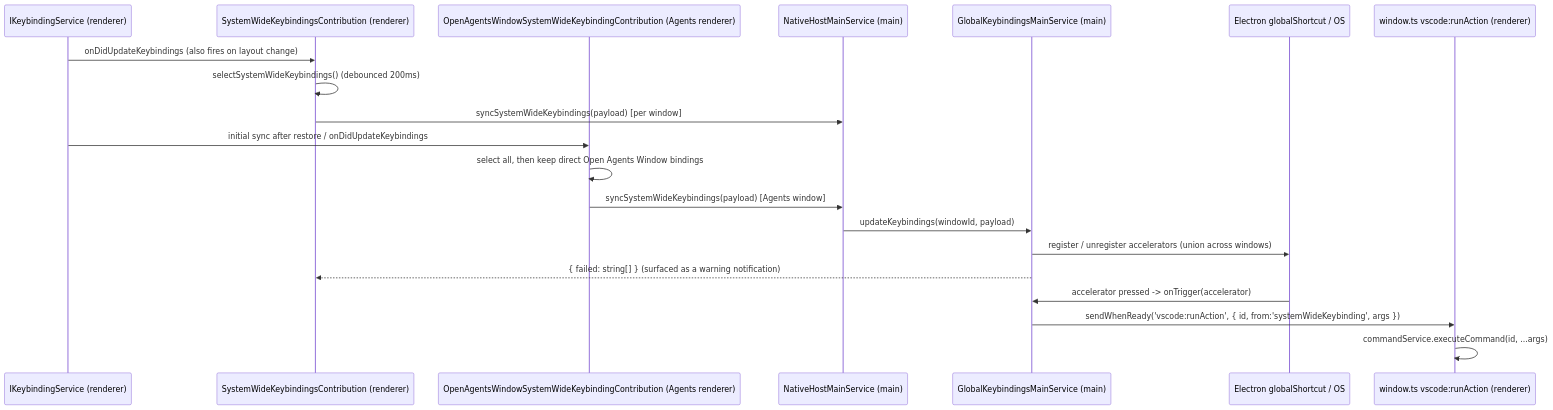
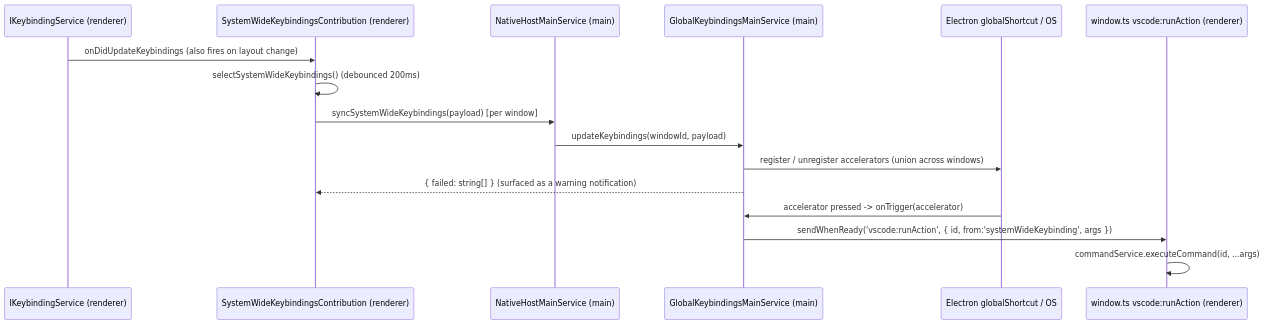
One commit to brettconnor/ovscode-dev changed the diagram in src/vs/workbench/contrib/keybindings/electron-browser/systemWideKeybindings.specification.md. Above: the diagram before and after it, drawn with Mermaid. The commit also changed other lines of this file and 45 other files, not shown here.

Commit message:
Remove Agents Window launch route

````diff
--- a/src/vs/workbench/contrib/keybindings/electron-browser/systemWideKeybindings.specification.md
+++ b/src/vs/workbench/contrib/keybindings/electron-browser/systemWideKeybindings.specification.md
@@ -45,23 +45,19 @@
 ```mermaid
 sequenceDiagram
     participant KB as IKeybindingService (renderer)
     participant C as SystemWideKeybindingsContribution (renderer)
-    participant A as OpenAgentsWindowSystemWideKeybindingContribution (Agents renderer)
     participant NH as NativeHostMainService (main)
     participant G as GlobalKeybindingsMainService (main)
     participant OS as Electron globalShortcut / OS
     participant W as window.ts vscode:runAction (renderer)
 
     KB->>C: onDidUpdateKeybindings (also fires on layout change)
     C->>C: selectSystemWideKeybindings() (debounced 200ms)
     C->>NH: syncSystemWideKeybindings(payload)  [per window]
-    KB->>A: initial sync after restore / onDidUpdateKeybindings
-    A->>A: select all, then keep direct Open Agents Window bindings
-    A->>NH: syncSystemWideKeybindings(payload)  [Agents window]
     NH->>G: updateKeybindings(windowId, payload)
     G->>OS: register / unregister accelerators (union across windows)
     G-->>C: { failed: string[] }  (surfaced as a warning notification)
     OS->>G: accelerator pressed -> onTrigger(accelerator)
     G->>W: sendWhenReady('vscode:runAction', { id, from:'systemWideKeybinding', args })
     W->>W: commandService.executeCommand(id, ...args)
 ```
````
